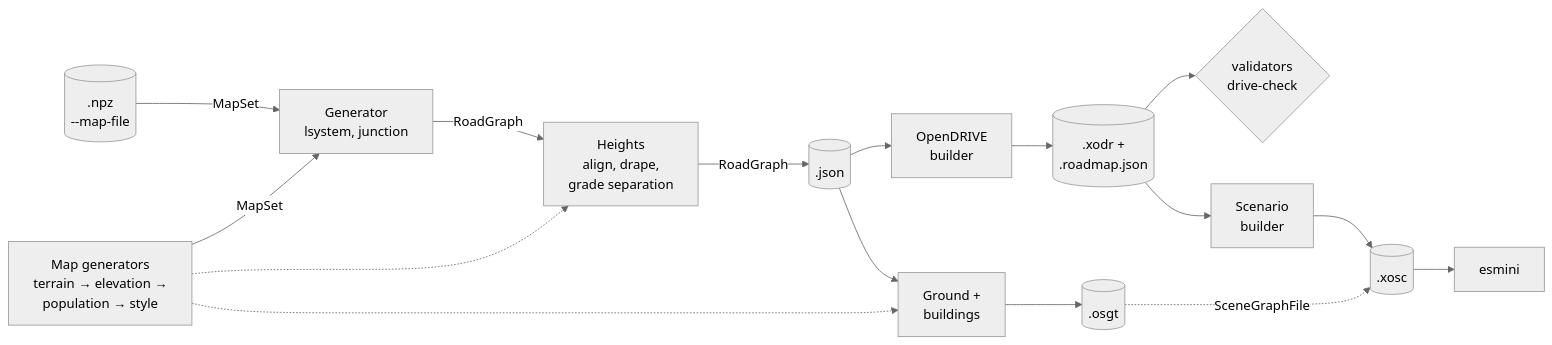
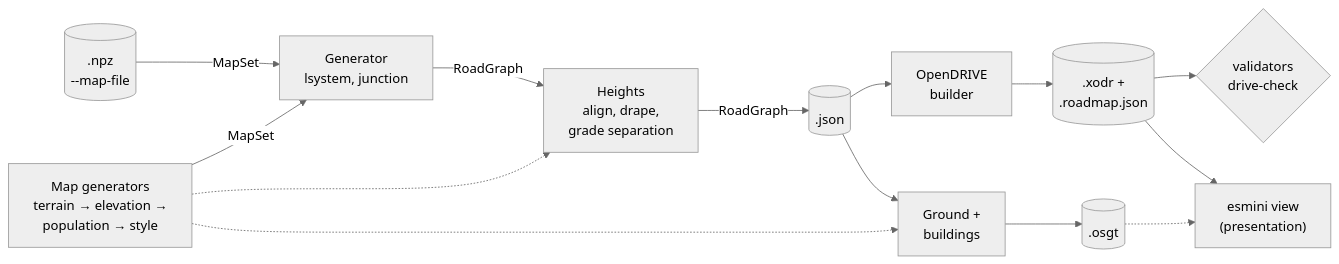
Before and after one commit to Cydonia01/Procedural-Road-Network-Generation: the diagram in docs/architecture.md, drawn with Mermaid (neutral theme). The commit also changed other lines of this file and 22 other files, not shown here.

First line of the commit message:
Polish D22: remove the scenario builder with its tests and docs

````diff
--- a/docs/architecture.md
+++ b/docs/architecture.md
@@ -10,15 +9,15 @@
 ```mermaid
 flowchart LR
     MP["Map generators<br/>terrain → elevation →<br/>population → style"] -->|MapSet| G
     MF[(".npz<br/>--map-file")] -->|MapSet| G
     G["Generator<br/>lsystem, junction"] -->|RoadGraph| H["Heights<br/>align, drape,<br/>grade separation"]
     MP -.-> H
     H -->|RoadGraph| J[(".json")]
     J --> B["OpenDRIVE<br/>builder"]
     B --> X[(".xodr +<br/>.roadmap.json")]
     X --> V{"validators<br/>drive-check"}
-    X --> S["Scenario<br/>builder"] --> O[(".xosc")] --> E["esmini"]
     J --> SC["Ground +<br/>buildings"] --> OS[(".osgt")]
     MP -.-> SC
-    OS -.SceneGraphFile.-> O
+    X --> E["esmini view<br/>(presentation)"]
+    OS -.-> E
 ```
````
